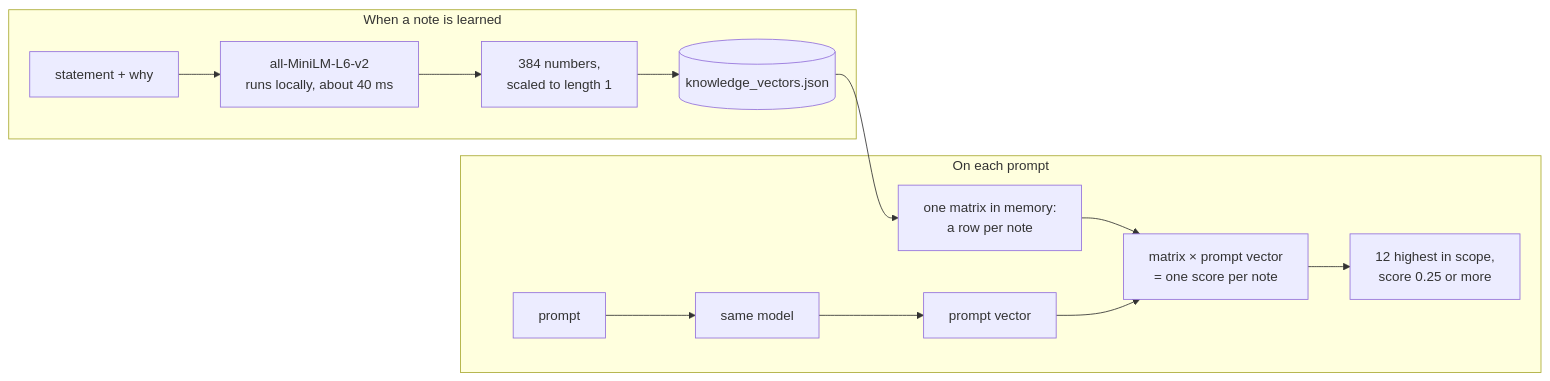
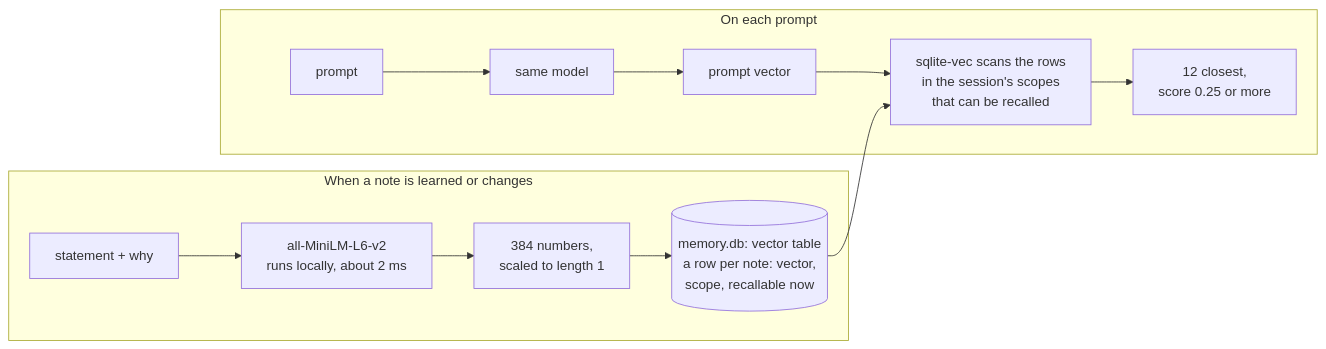
Before and after one commit to xihe92/graph-memory: diagram 12 of 15 in docs/how-it-works.md, drawn with Mermaid. The commit also changed other lines of this file and 44 other files, not shown here.

````diff
--- a/docs/how-it-works.md
+++ b/docs/how-it-works.md
@@ -591,15 +608,14 @@
 ```mermaid
 flowchart LR
-    subgraph L["When a note is learned"]
-        T["statement + why"] --> M["all-MiniLM-L6-v2<br/>runs locally, about 40 ms"]
+    subgraph L["When a note is learned or changes"]
+        T["statement + why"] --> M["all-MiniLM-L6-v2<br/>runs locally, about 2 ms"]
         M --> V["384 numbers,<br/>scaled to length 1"]
-        V --> F[("knowledge_vectors.json")]
+        V --> F[("memory.db: vector table<br/>a row per note: vector,<br/>scope, recallable now")]
     end
     subgraph Q["On each prompt"]
         P["prompt"] --> M2["same model"] --> QV["prompt vector"]
-        F --> MX["one matrix in memory:<br/>a row per note"]
-        MX --> MUL["matrix × prompt vector<br/>= one score per note"]
-        QV --> MUL
-        MUL --> TOP["12 highest in scope,<br/>score 0.25 or more"]
+        QV --> S["sqlite-vec scans the rows<br/>in the session's scopes<br/>that can be recalled"]
+        F --> S
+        S --> TOP["12 closest,<br/>score 0.25 or more"]
     end
 ```
````
